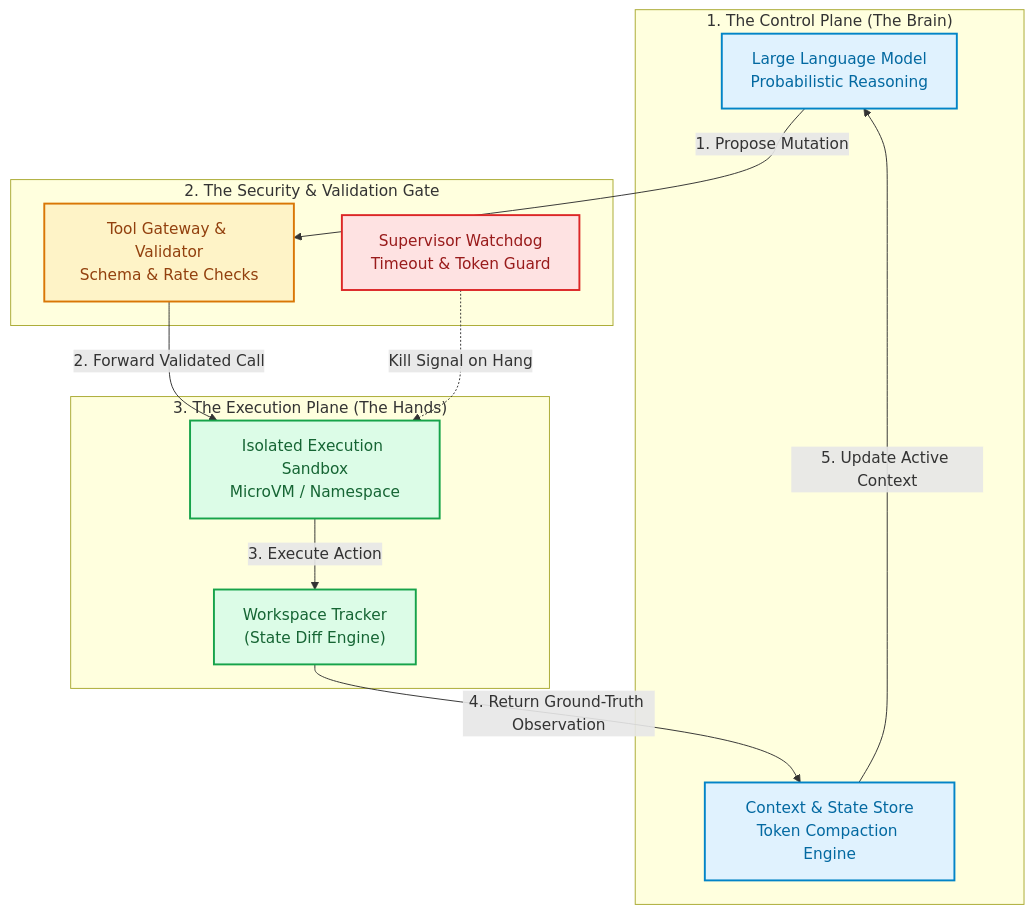
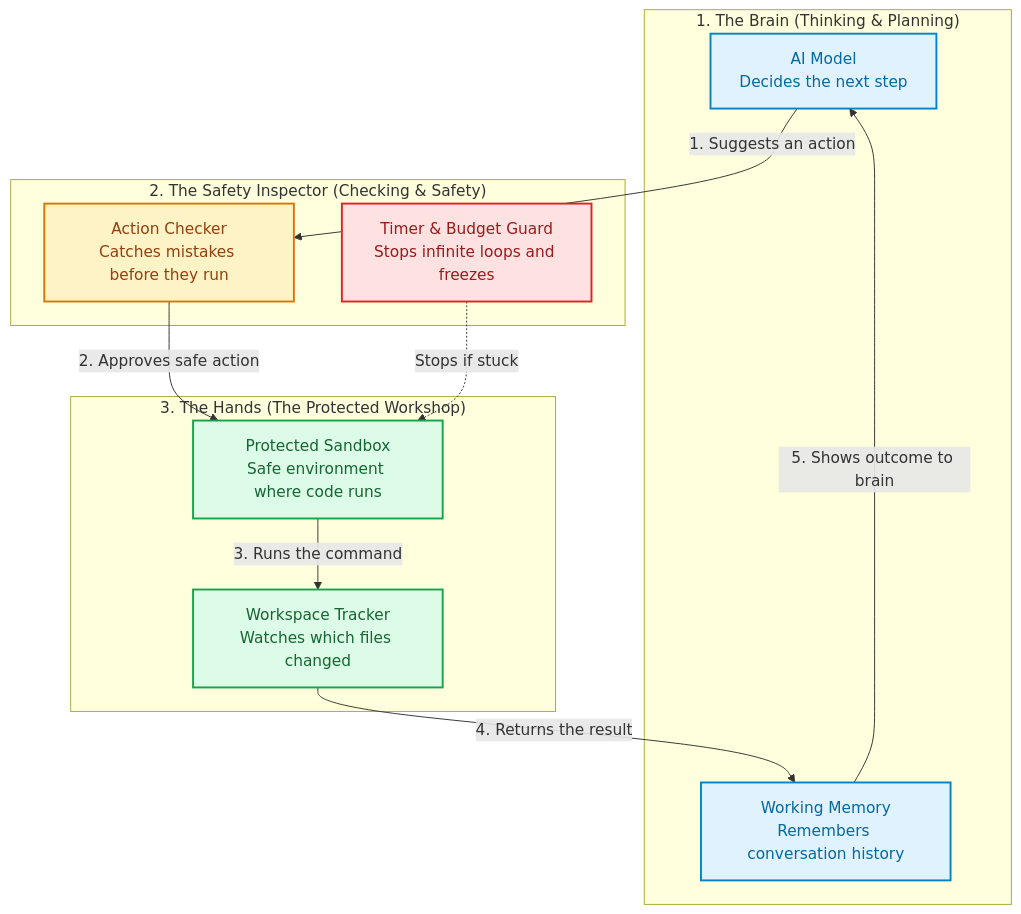
Before and after one commit to tharun15/gcloudcafe: the first of 4 diagrams in content/english/blog/beyond-the-prompt-inside-the-ai-agent-harness.md, drawn with Mermaid. The commit also changed other lines of this file and 2 other files, not shown here.

Commit message:
refactor(blog): simplify mental model from technical planes to beginner-friendly Brain Hands and Workshop concept

````diff
--- a/content/english/blog/beyond-the-prompt-inside-the-ai-agent-harness.md
+++ b/content/english/blog/beyond-the-prompt-inside-the-ai-agent-harness.md
@@ -122,29 +128,29 @@
 ```mermaid
 flowchart TD
     classDef brain fill:#E0F2FE,stroke:#0284C7,stroke-width:2px,color:#0369A1;
-    classDef boundary fill:#FEF3C7,stroke:#D97706,stroke-width:2px,color:#92400E;
-    classDef harness fill:#DCFCE7,stroke:#16A34A,stroke-width:2px,color:#166534;
+    classDef guard fill:#FEF3C7,stroke:#D97706,stroke-width:2px,color:#92400E;
+    classDef hands fill:#DCFCE7,stroke:#16A34A,stroke-width:2px,color:#166534;
     classDef alert fill:#FEE2E2,stroke:#DC2626,stroke-width:2px,color:#991B1B;
 
-    subgraph ControlPlane ["1. The Control Plane (The Brain)"]
-        LLM["Large Language Model<br/>Probabilistic Reasoning"]:::brain
-        ContextManager["Context & State Store<br/>Token Compaction Engine"]:::brain
+    subgraph TheBrain ["1. The Brain (Thinking & Planning)"]
+        LLM["AI Model<br/>Decides the next step"]:::brain
+        Memory["Working Memory<br/>Remembers conversation history"]:::brain
     end
 
-    subgraph IsolationBarrier ["2. The Security & Validation Gate"]
-        Gateway["Tool Gateway & Validator<br/>Schema & Rate Checks"]:::boundary
-        Watchdog["Supervisor Watchdog<br/>Timeout & Token Guard"]:::alert
+    subgraph TheGuard ["2. The Safety Inspector (Checking & Safety)"]
+        Validator["Action Checker<br/>Catches mistakes before they run"]:::guard
+        Timer["Timer & Budget Guard<br/>Stops infinite loops and freezes"]:::alert
     end
 
-    subgraph ExecutionPlane ["3. The Execution Plane (The Hands)"]
-        Sandbox["Isolated Execution Sandbox<br/>MicroVM / Namespace"]:::harness
-        WorkspaceTracker["Workspace Tracker<br/>(State Diff Engine)"]:::harness
+    subgraph TheHands ["3. The Hands (The Protected Workshop)"]
+        Sandbox["Protected Sandbox<br/>Safe environment where code runs"]:::hands
+        Tracker["Workspace Tracker<br/>Watches which files changed"]:::hands
     end
 
-    LLM -->|"1. Propose Mutation"| Gateway
-    Gateway -->|"2. Forward Validated Call"| Sandbox
-    Sandbox -->|"3. Execute Action"| WorkspaceTracker
-    WorkspaceTracker -->|"4. Return Ground-Truth Observation"| ContextManager
-    ContextManager -->|"5. Update Active Context"| LLM
-    Watchdog -.->|"Kill Signal on Hang"| Sandbox
+    LLM -->|"1. Suggests an action"| Validator
+    Validator -->|"2. Approves safe action"| Sandbox
+    Sandbox -->|"3. Runs the command"| Tracker
+    Tracker -->|"4. Returns the result"| Memory
+    Memory -->|"5. Shows outcome to brain"| LLM
+    Timer -.->|"Stops if stuck"| Sandbox
 ```
````
